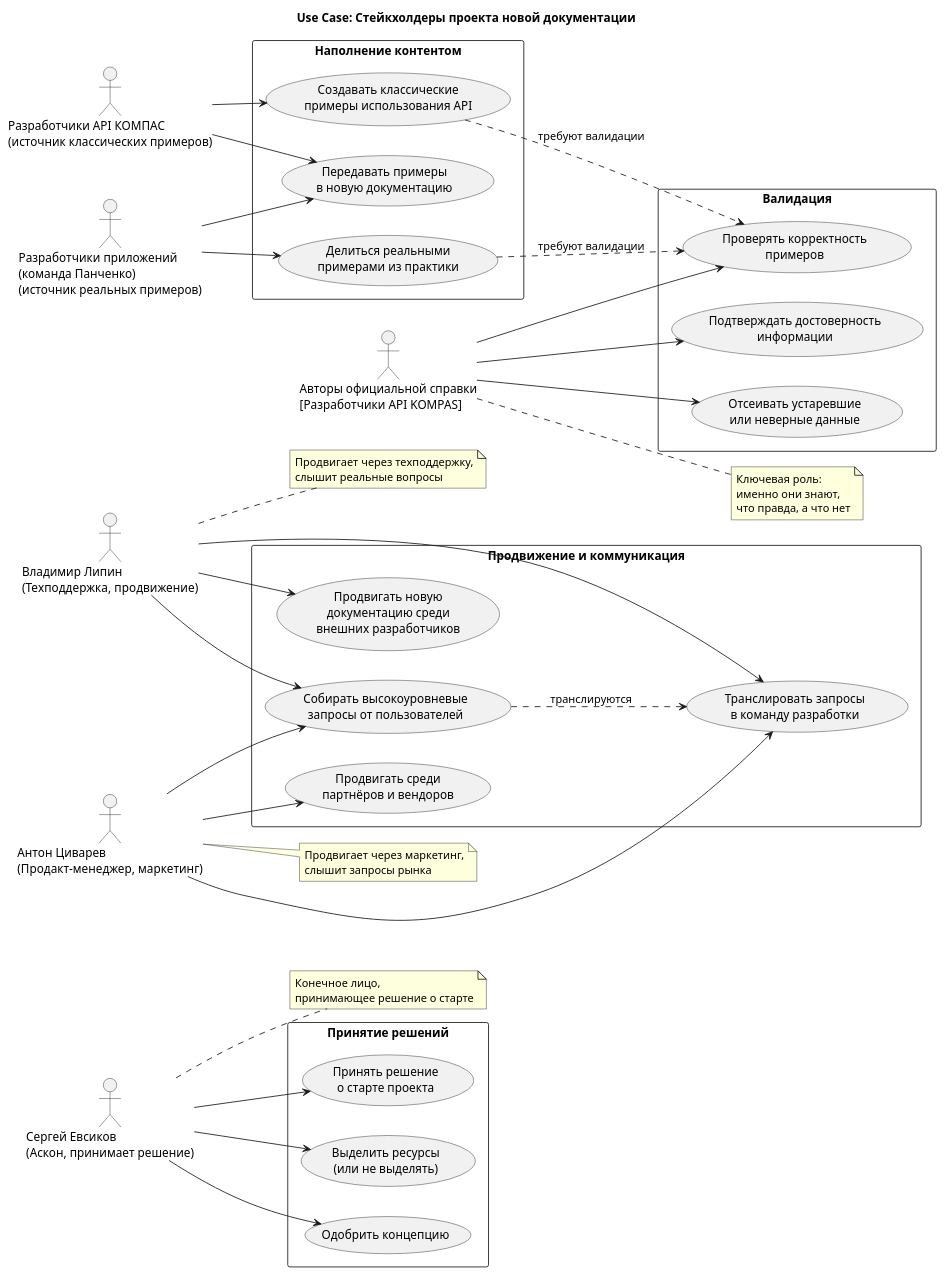
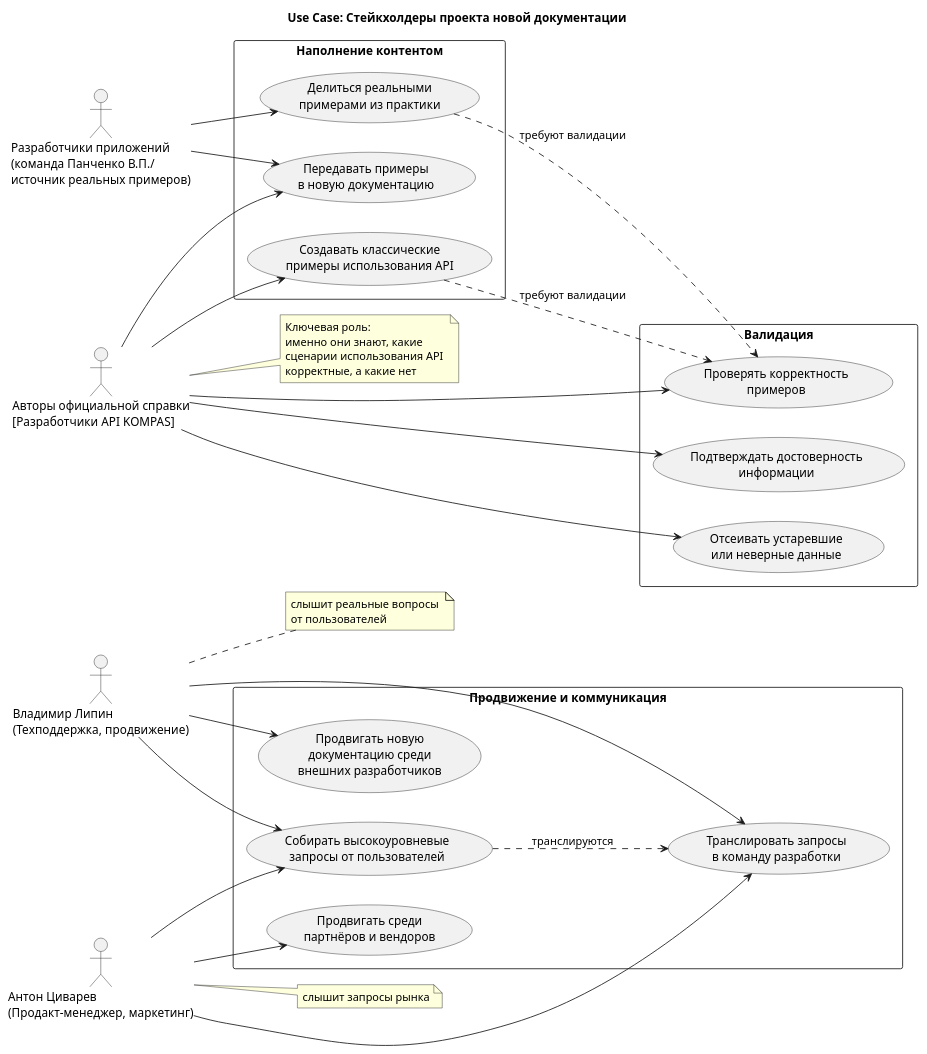
The diagram in diagrams/usecase/usecase_stackholders.wsd (AntonPetunin/KompasSDKReference), drawn with PlantUML before and after one commit. The commit also changed 4 other files, not shown here.

Commit message:
Исправление диаграмм

```diff
--- a/diagrams/usecase/usecase_stackholders.wsd
+++ b/diagrams/usecase/usecase_stackholders.wsd
@@ -1,87 +1,69 @@
 @startuml usecase_stackholders
 left to right direction
 title Use Case: Стейкхолдеры проекта новой документации
 
 ' Только стейкхолдеры (не пользователи API)
-actor "Сергей Евсиков\n(Аскон, принимает решение)" as Evsikov
 actor "Владимир Липин\n(Техподдержка, продвижение)" as Lipin
 actor "Антон Циварев\n(Продакт-менеджер, маркетинг)" as Tsivarev
-actor "Разработчики API КОМПАС\n(источник классических примеров)" as APIDev
-actor "Разработчики приложений\n(команда Панченко)\n(источник реальных примеров)" as AppDev
-actor "Авторы официальной справки\n[Разработчики API KOMPAS]" as DocAuthors
-
-rectangle "Принятие решений" {
-  usecase "Принять решение\nо старте проекта" as S1
-  usecase "Выделить ресурсы\n(или не выделять)" as S2
-  usecase "Одобрить концепцию" as S3
-}
+actor "Разработчики приложений\n(команда Панченко В.П./\nисточник реальных примеров)" as AppDev
+actor "Авторы официальной справки\n[Разработчики API KOMPAS]" as APIDev
 
 rectangle "Продвижение и коммуникация" {
   usecase "Продвигать новую\nдокументацию среди\nвнешних разработчиков" as S4
   usecase "Продвигать среди\nпартнёров и вендоров" as S5
   usecase "Собирать высокоуровневые\nзапросы от пользователей" as S6
   usecase "Транслировать запросы\nв команду разработки" as S7
 }
 
 rectangle "Наполнение контентом" {
   usecase "Создавать классические\nпримеры использования API" as S8
   usecase "Делиться реальными\nпримерами из практики" as S9
   usecase "Передавать примеры\nв новую документацию" as S10
 }
 
 rectangle "Валидация" {
   usecase "Проверять корректность\nпримеров" as S11
   usecase "Подтверждать достоверность\nинформации" as S12
   usecase "Отсеивать устаревшие\nили неверные данные" as S13
 }
 
-' Связи стейкхолдеров
-Evsikov --> S1
-Evsikov --> S2
-Evsikov --> S3
-
 Lipin --> S4
 Lipin --> S6
 Lipin --> S7
 
 Tsivarev --> S5
 Tsivarev --> S6
 Tsivarev --> S7
 
 APIDev --> S8
 APIDev --> S10
 
 AppDev --> S9
 AppDev --> S10
 
-DocAuthors --> S11
-DocAuthors --> S12
-DocAuthors --> S13
+APIDev --> S11
+APIDev --> S12
+APIDev --> S13
 
 ' Зависимости между use case
 S8 ..> S11 : требуют валидации
 S9 ..> S11 : требуют валидации
 S6 ..> S7 : транслируются
 
-note right of Evsikov
-  Конечное лицо,
-  принимающее решение о старте
-end note
-
 note right of Lipin
-  Продвигает через техподдержку,
-  слышит реальные вопросы
+  слышит реальные вопросы 
+  от пользователей
 end note
 
 note right of Tsivarev
-  Продвигает через маркетинг,
   слышит запросы рынка
 end note
 
-note right of DocAuthors
+note right of APIDev
   Ключевая роль:
-  именно они знают,
-  что правда, а что нет
+  именно они знают, какие
+  сценарии использования API 
+  корректные, а какие нет
 end note
 
 @enduml
```
